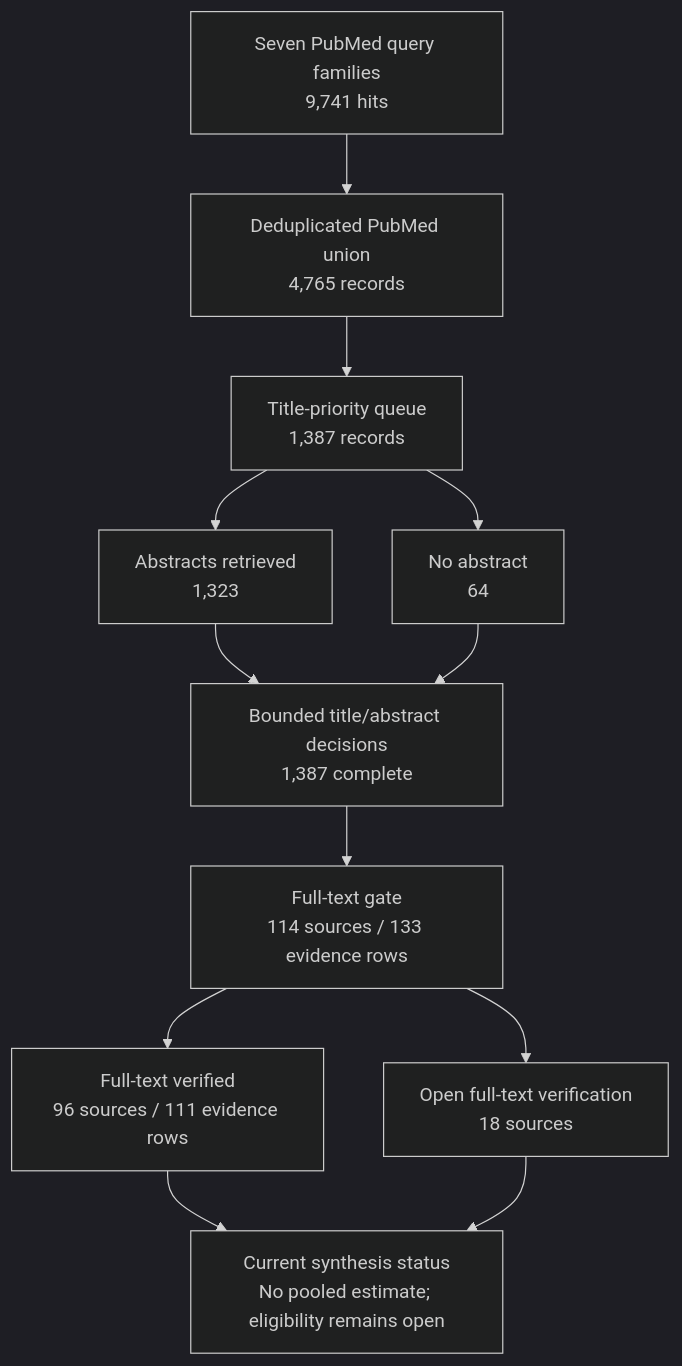
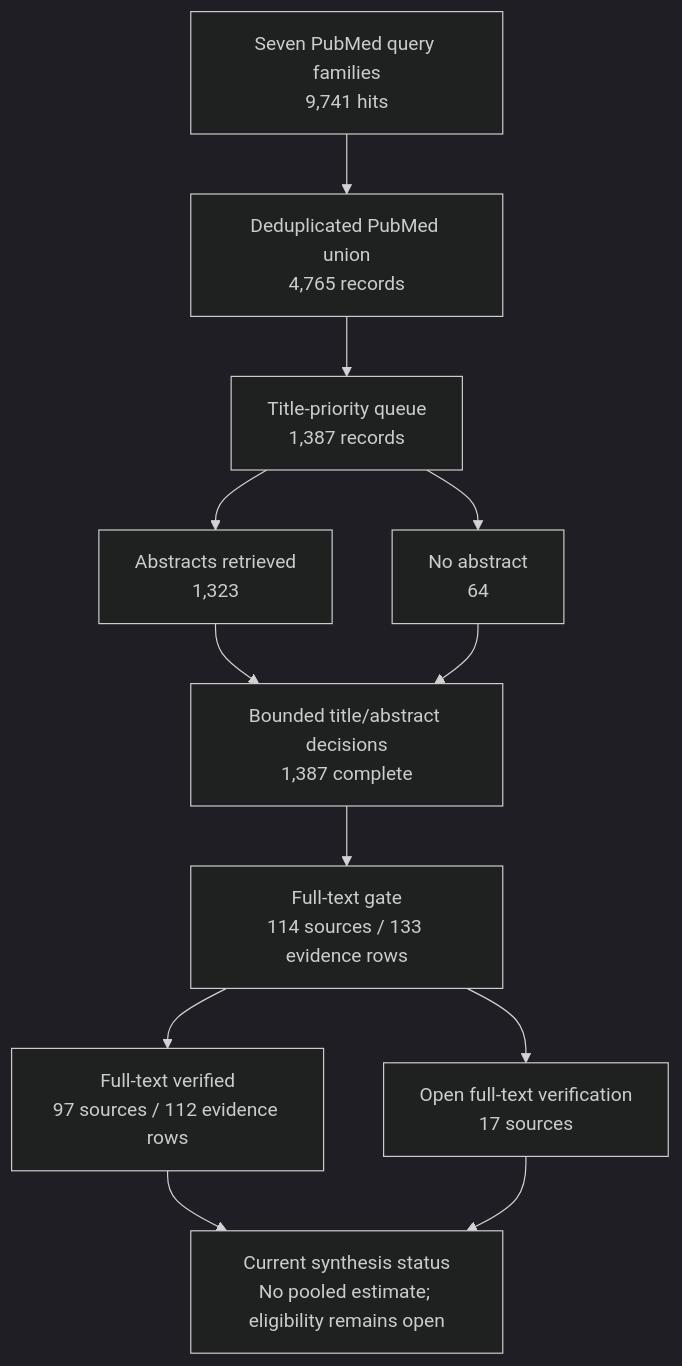
The diagram in manuscript/figures/figure-3-review-flow.mmd (dcmcshan/artemisia), drawn with Mermaid (dark theme) before and after one commit. The commit also changed 13 other files, not shown here.

```diff
--- a/manuscript/figures/figure-3-review-flow.mmd
+++ b/manuscript/figures/figure-3-review-flow.mmd
@@ -1,12 +1,12 @@
 flowchart TD
   A["Seven PubMed query families<br/>9,741 hits"] --> B["Deduplicated PubMed union<br/>4,765 records"]
   B --> C["Title-priority queue<br/>1,387 records"]
   C --> D["Abstracts retrieved<br/>1,323"]
   C --> E["No abstract<br/>64"]
   D --> F["Bounded title/abstract decisions<br/>1,387 complete"]
   E --> F
   F --> G["Full-text gate<br/>114 sources / 133 evidence rows"]
-  G --> H["Full-text verified<br/>96 sources / 111 evidence rows"]
-  G --> I["Open full-text verification<br/>18 sources"]
+  G --> H["Full-text verified<br/>97 sources / 112 evidence rows"]
+  G --> I["Open full-text verification<br/>17 sources"]
   H --> J["Current synthesis status<br/>No pooled estimate; eligibility remains open"]
   I --> J
```
